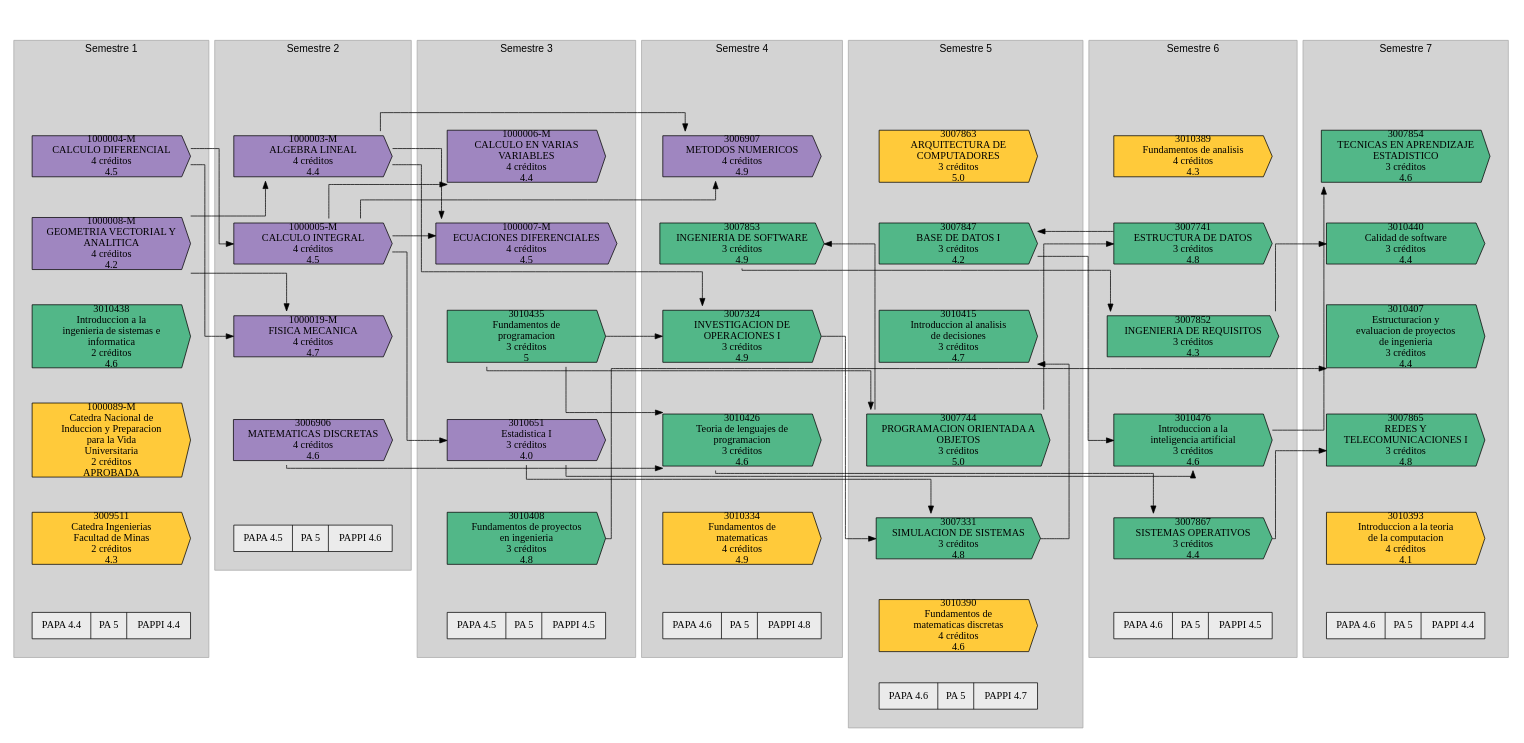
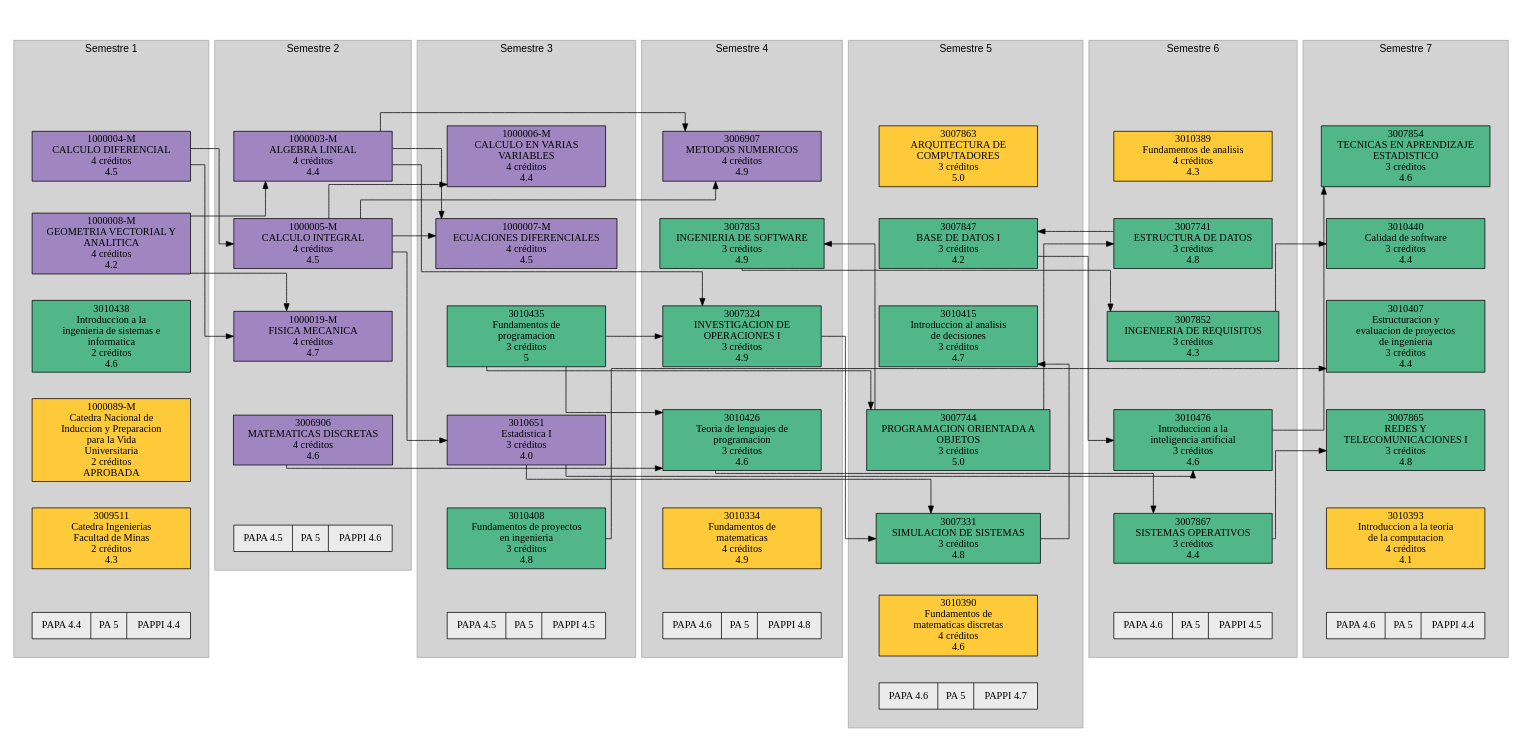
The diagram in codigo/asignatura_catalog/Digraph.gv (eporrasm/d-web), drawn with Graphviz before and after one commit. The commit also changed 1 other file, not shown here.

```diff
--- a/codigo/asignatura_catalog/Digraph.gv
+++ b/codigo/asignatura_catalog/Digraph.gv
@@ -4,7 +4,7 @@
 	sem_1 [height=0.02 style=invis width=0.02]
 	subgraph cluster_1 {
 		graph [margin=25 nodesep=0.02]
-		node [shape=cds style=filled width=3]
+		node [shape=box style=filled width=3]
 		color=darkgray fillcolor=lightGray fontname=Arial style=filled
 		label="Semestre 1"
 		"1000004-M" [label="1000004-M
@@ -45,7 +45,7 @@
 	sem_2 [height=0.02 style=invis width=0.02]
 	subgraph cluster_2 {
 		graph [margin=25 nodesep=0.02]
-		node [shape=cds style=filled width=3]
+		node [shape=box style=filled width=3]
 		color=darkgray fillcolor=lightGray fontname=Arial style=filled
 		label="Semestre 2"
 		"1000003-M" [label="1000003-M
@@ -74,7 +74,7 @@
 	sem_3 [height=0.02 style=invis width=0.02]
 	subgraph cluster_3 {
 		graph [margin=25 nodesep=0.02]
-		node [shape=cds style=filled width=3]
+		node [shape=box style=filled width=3]
 		color=darkgray fillcolor=lightGray fontname=Arial style=filled
 		label="Semestre 3"
 		"1000006-M" [label="1000006-M
@@ -111,7 +111,7 @@
 	sem_4 [height=0.02 style=invis width=0.02]
 	subgraph cluster_4 {
 		graph [margin=25 nodesep=0.02]
-		node [shape=cds style=filled width=3]
+		node [shape=box style=filled width=3]
 		color=darkgray fillcolor=lightGray fontname=Arial style=filled
 		label="Semestre 4"
 		3006907 [label="3006907
@@ -148,7 +148,7 @@
 	sem_5 [height=0.02 style=invis width=0.02]
 	subgraph cluster_5 {
 		graph [margin=25 nodesep=0.02]
-		node [shape=cds style=filled width=3]
+		node [shape=box style=filled width=3]
 		color=darkgray fillcolor=lightGray fontname=Arial style=filled
 		label="Semestre 5"
 		3007863 [label="3007863
@@ -191,7 +191,7 @@
 	sem_6 [height=0.02 style=invis width=0.02]
 	subgraph cluster_6 {
 		graph [margin=25 nodesep=0.02]
-		node [shape=cds style=filled width=3]
+		node [shape=box style=filled width=3]
 		color=darkgray fillcolor=lightGray fontname=Arial style=filled
 		label="Semestre 6"
 		3010389 [label="3010389
@@ -226,7 +226,7 @@
 	sem_7 [height=0.02 style=invis width=0.02]
 	subgraph cluster_7 {
 		graph [margin=25 nodesep=0.02]
-		node [shape=cds style=filled width=3]
+		node [shape=box style=filled width=3]
 		color=darkgray fillcolor=lightGray fontname=Arial style=filled
 		label="Semestre 7"
 		3007854 [label="3007854
```
